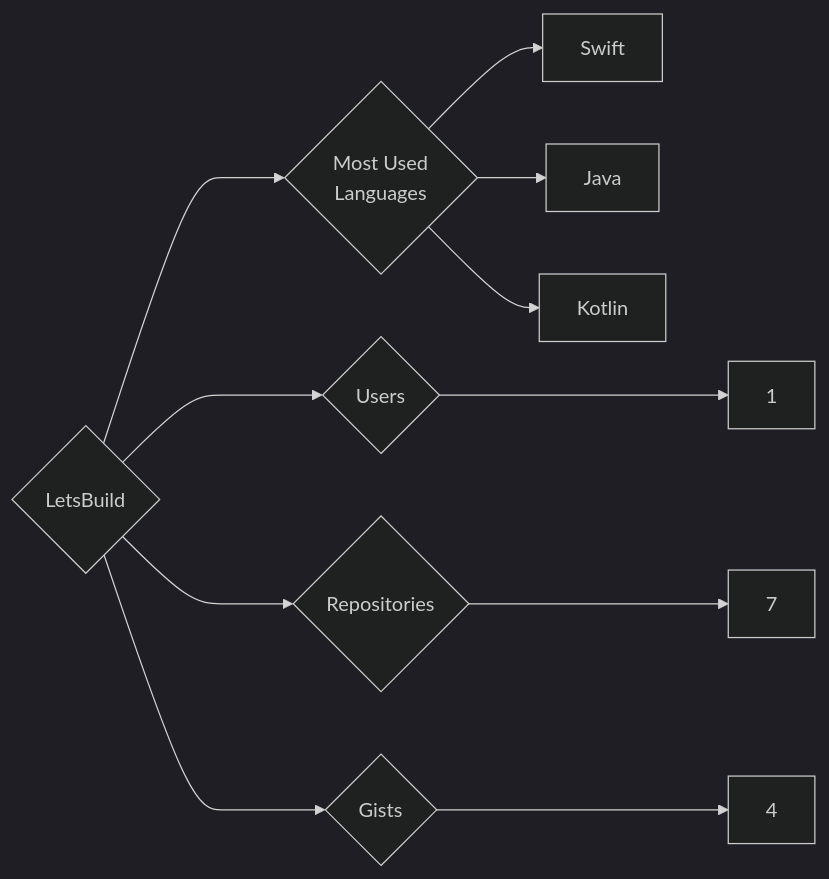
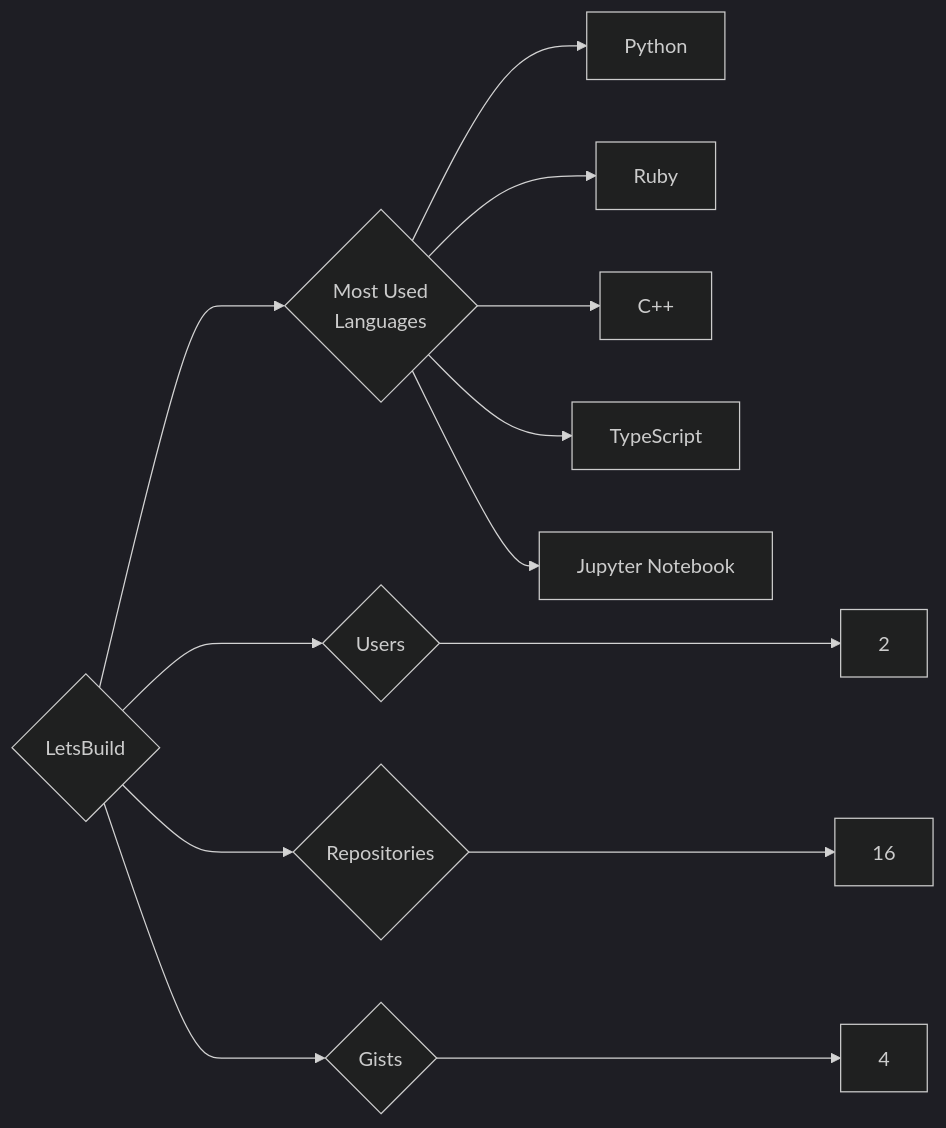
The diagram in targets/LetsBuild/README.md (trickest/insiders), drawn with Mermaid (dark theme) before and after one commit. The commit also changed 614 other files, not shown here.

````diff
--- a/targets/LetsBuild/README.md
+++ b/targets/LetsBuild/README.md
@@ -3,11 +3,13 @@
 ```mermaid
 graph LR
 COMPANY_NAME{LetsBuild}
-COMPANY_NAME ---> U{Users} ---> UN[1]
-COMPANY_NAME ---> R{Repositories} ---> RN[7]
+COMPANY_NAME ---> U{Users} ---> UN[2]
+COMPANY_NAME ---> R{Repositories} ---> RN[16]
 COMPANY_NAME ---> G{Gists} ---> GN[4]
 COMPANY_NAME ---> ML{Most Used<br>Languages}
-ML --> Swift[Swift]
-ML --> Java[Java]
-ML --> Kotlin[Kotlin]
+ML --> Python[Python]
+ML --> Ruby[Ruby]
+ML --> C++[C++]
+ML --> TypeScript[TypeScript]
+ML --> Jupyter_Notebook[Jupyter Notebook]
 ```
````
